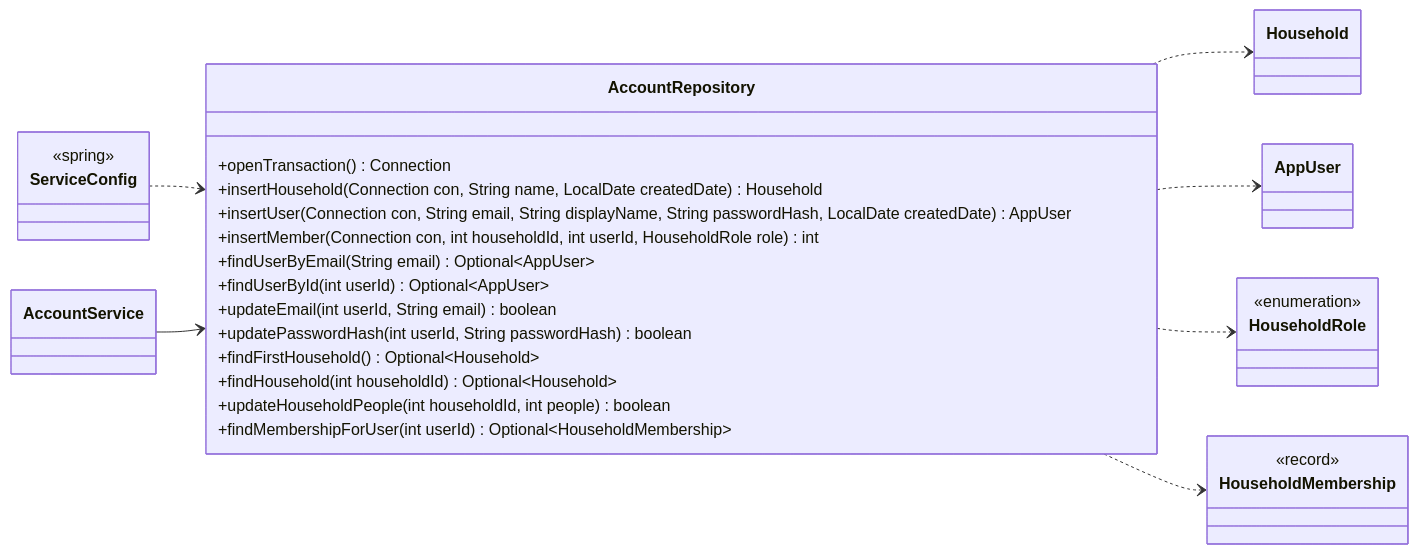
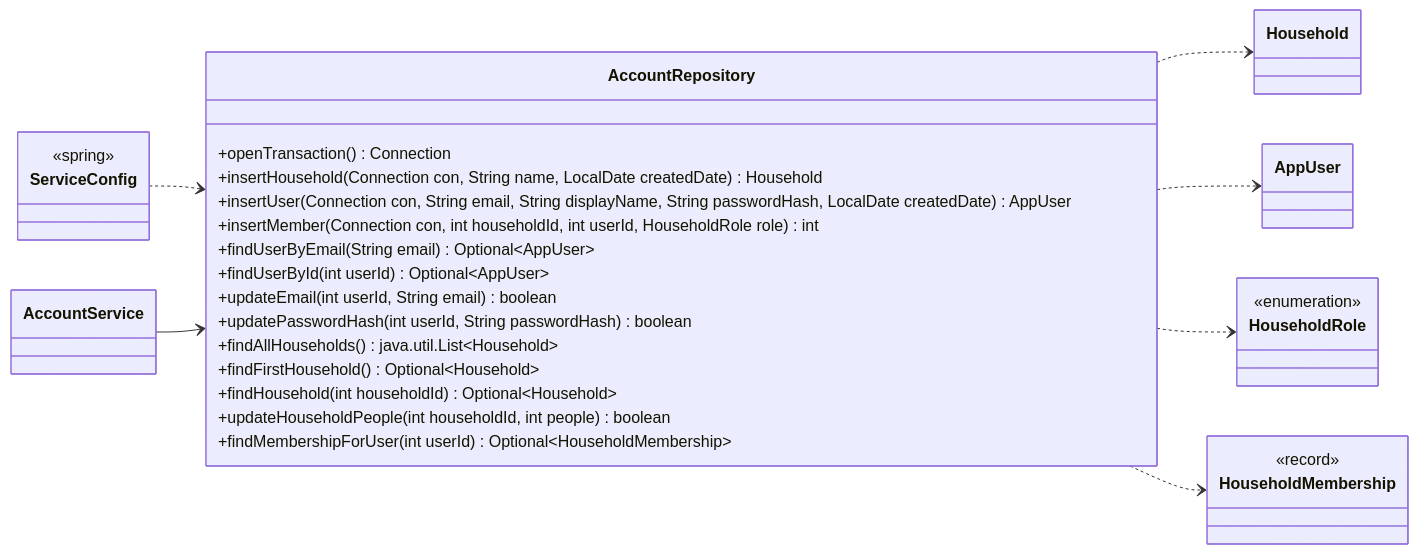
The second of 17 diagrams in docs/classes/auth.md (Nate-ryan-7690/dahaem), drawn with Mermaid before and after one commit. The commit also changed other lines of this file and 4 other files, not shown here.

````diff
--- a/docs/classes/auth.md
+++ b/docs/classes/auth.md
@@ -93,36 +93,37 @@
 ```mermaid
 classDiagram
     direction LR
     class auth_AccountRepository["AccountRepository"] {
         +openTransaction() Connection
         +insertHousehold(Connection con, String name, LocalDate createdDate) Household
         +insertUser(Connection con, String email, String displayName, String passwordHash, LocalDate createdDate) AppUser
         +insertMember(Connection con, int householdId, int userId, HouseholdRole role) int
         +findUserByEmail(String email) Optional~AppUser~
         +findUserById(int userId) Optional~AppUser~
         +updateEmail(int userId, String email) boolean
         +updatePasswordHash(int userId, String passwordHash) boolean
+        +findAllHouseholds() java.util.List~Household~
         +findFirstHousehold() Optional~Household~
         +findHousehold(int householdId) Optional~Household~
         +updateHouseholdPeople(int householdId, int people) boolean
         +findMembershipForUser(int userId) Optional~HouseholdMembership~
     }
     class auth_AccountService["AccountService"]
     class auth_Household["Household"]
     class auth_AppUser["AppUser"]
     class auth_HouseholdRole["HouseholdRole"] {
         <<enumeration>>
     }
     class auth_HouseholdMembership["HouseholdMembership"] {
         <<record>>
     }
     class api_ServiceConfig["ServiceConfig"] {
         <<spring>>
     }
     auth_AccountRepository ..> auth_Household
     auth_AccountRepository ..> auth_AppUser
     auth_AccountRepository ..> auth_HouseholdRole
     auth_AccountRepository ..> auth_HouseholdMembership
     api_ServiceConfig ..> auth_AccountRepository
     auth_AccountService --> auth_AccountRepository
 ```
````
